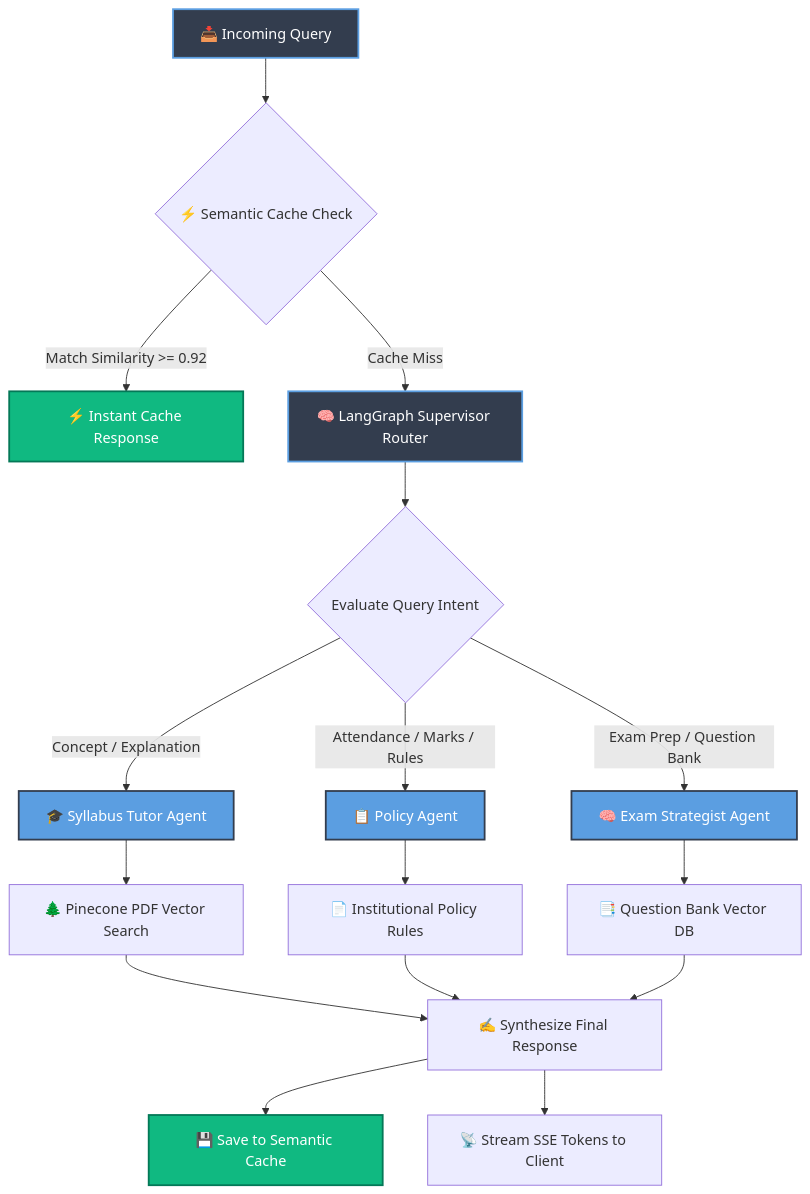
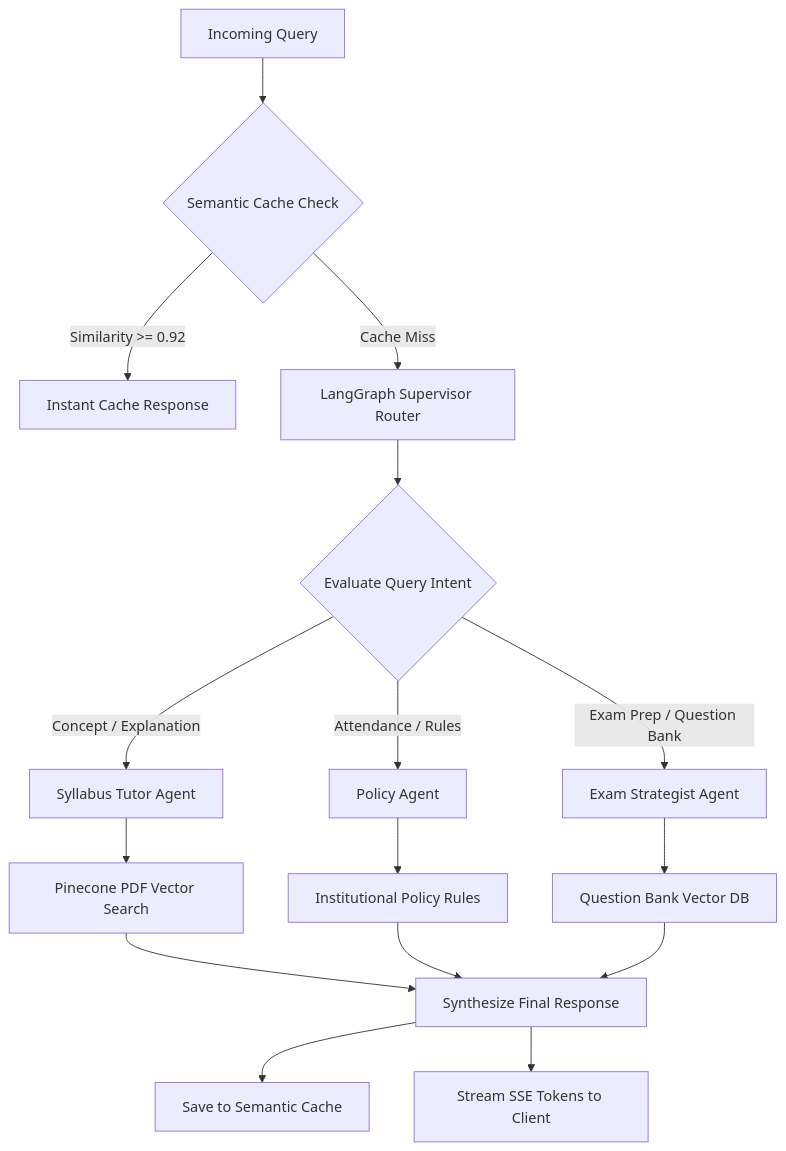
The second of 3 diagrams in README.md (Zayn329/chimeraAi), drawn with Mermaid before and after one commit. The commit also changed other lines of this file, not shown here.

Commit message:
docs: clean up Mermaid diagrams in README.md for GitHub Markdown compatibility

````diff
--- a/README.md
+++ b/README.md
@@ -97,30 +89,23 @@
 ```mermaid
 flowchart TD
-    A[📥 Incoming Query] --> B{⚡ Semantic Cache Check}
-    B -- Match Similarity >= 0.92 --> C[⚡ Instant Cache Response]
-    B -- Cache Miss --> D[🧠 LangGraph Supervisor Router]
+    A[Incoming Query] --> B{Semantic Cache Check}
+    B -- Similarity >= 0.92 --> C[Instant Cache Response]
+    B -- Cache Miss --> D[LangGraph Supervisor Router]
 
     D --> E{Evaluate Query Intent}
 
-    E -- Concept / Explanation --> F[🎓 Syllabus Tutor Agent]
-    E -- Attendance / Marks / Rules --> G[📋 Policy Agent]
-    E -- Exam Prep / Question Bank --> H[🧠 Exam Strategist Agent]
+    E -- Concept / Explanation --> F[Syllabus Tutor Agent]
+    E -- Attendance / Rules --> G[Policy Agent]
+    E -- Exam Prep / Question Bank --> H[Exam Strategist Agent]
 
-    F --> I[🌲 Pinecone PDF Vector Search]
-    G --> J[📄 Institutional Policy Rules]
-    H --> K[📑 Question Bank Vector DB]
+    F --> I[Pinecone PDF Vector Search]
+    G --> J[Institutional Policy Rules]
+    H --> K[Question Bank Vector DB]
 
-    I --> L[✍️ Synthesize Final Response]
+    I --> L[Synthesize Final Response]
     J --> L
     K --> L
 
-    L --> M[💾 Save to Semantic Cache]
-    L --> N[📡 Stream SSE Tokens to Client]
-
-    classDef router fill:#333D4E,stroke:#5B9EE1,stroke-width:2px,color:#fff;
-    classDef agent fill:#5B9EE1,stroke:#333D4E,stroke-width:2px,color:#fff;
-    classDef cache fill:#10B981,stroke:#047857,stroke-width:2px,color:#fff;
-    class A,D router;
-    class F,G,H agent;
-    class C,M cache;
+    L --> M[Save to Semantic Cache]
+    L --> N[Stream SSE Tokens to Client]
 ```
````
